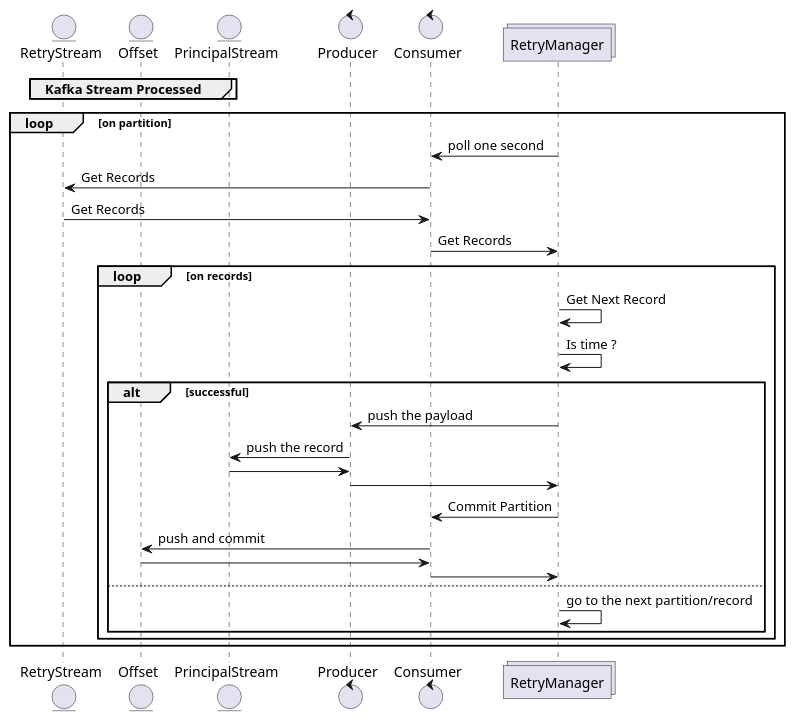
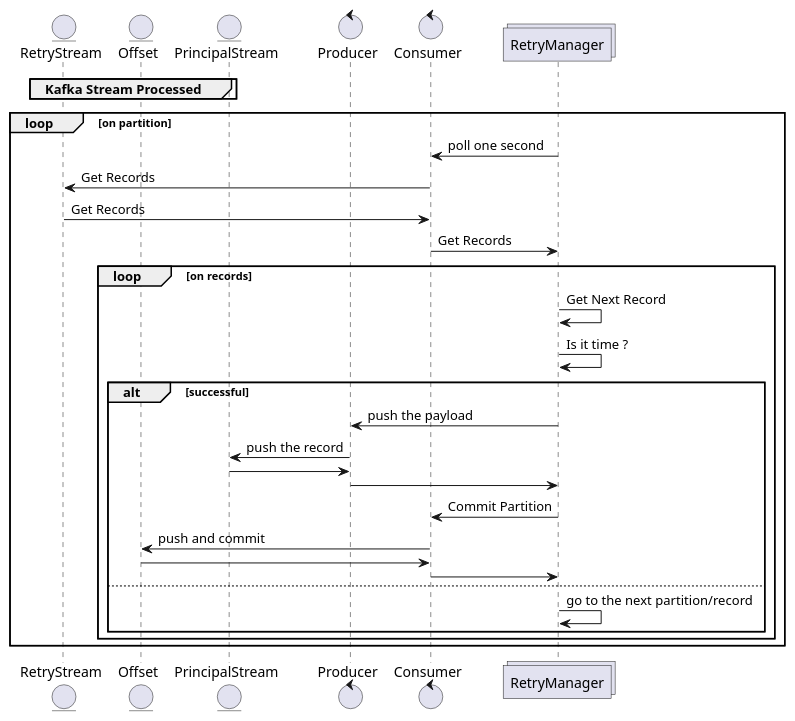
The diagram in RetryFlow2.wsd (buidiaconseil/ErrorManagementPattern), drawn with PlantUML before and after one commit. The commit also changed 1 other file, not shown here.

```diff
--- a/RetryFlow2.wsd
+++ b/RetryFlow2.wsd
@@ -1,46 +1,46 @@
 @startuml
 
 group Kafka Stream Processed
 entity RetryStream
 entity Offset
 entity PrincipalStream
 
 end
 
 
 control Producer
 control Consumer
 collections  RetryManager
 
 
 loop on partition
 
 RetryManager -> Consumer : poll one second
 RetryStream <- Consumer : Get Records
 RetryStream -> Consumer : Get Records
 RetryManager <- Consumer : Get Records
 loop on records
 	       
     RetryManager -> RetryManager : Get Next Record
-    RetryManager -> RetryManager : Is time ?
+    RetryManager -> RetryManager : Is it time ?
     alt successful 
         RetryManager -> Producer : push the payload
         Producer -> PrincipalStream : push the record
         Producer <- PrincipalStream
         RetryManager <- Producer
         RetryManager -> Consumer : Commit Partition
         Consumer -> Offset : push and commit
         Consumer <- Offset 
         RetryManager <- Consumer
     else
         RetryManager->RetryManager: go to the next partition/record
     end
     
 
 end
 
 end
 
 
 
 @enduml
```
